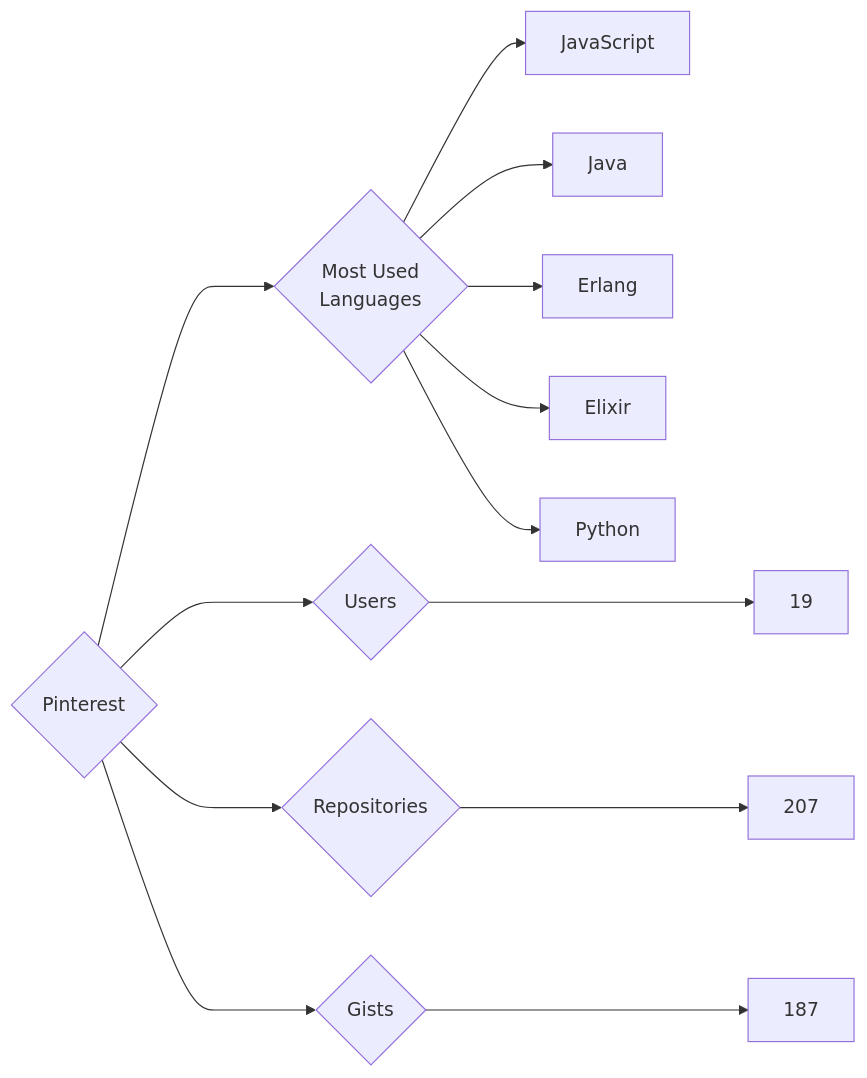
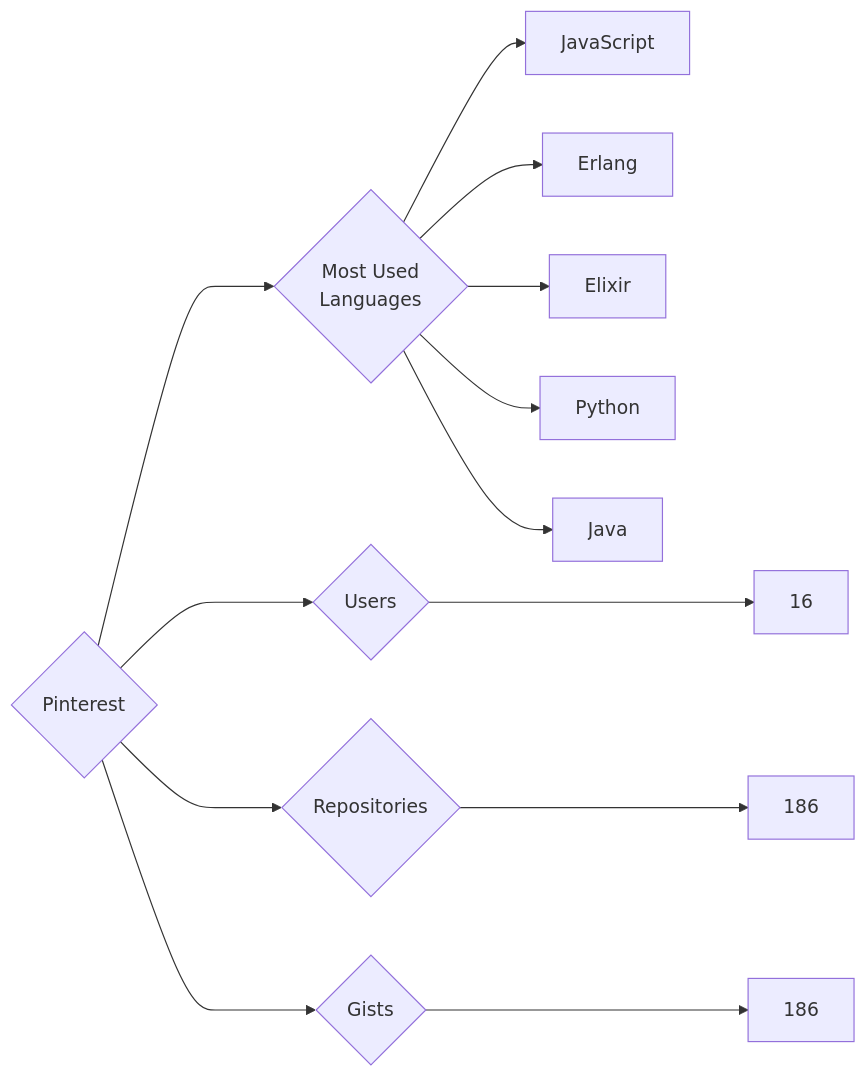
The diagram in targets/Pinterest/README.md (trickest/insiders), drawn with Mermaid before and after one commit. The commit also changed 833 other files, not shown here.

````diff
--- a/targets/Pinterest/README.md
+++ b/targets/Pinterest/README.md
@@ -3,13 +3,13 @@
 ```mermaid
 graph LR
 COMPANY_NAME{Pinterest}
-COMPANY_NAME ---> U{Users} ---> UN[19]
-COMPANY_NAME ---> R{Repositories} ---> RN[207]
-COMPANY_NAME ---> G{Gists} ---> GN[187]
+COMPANY_NAME ---> U{Users} ---> UN[16]
+COMPANY_NAME ---> R{Repositories} ---> RN[186]
+COMPANY_NAME ---> G{Gists} ---> GN[186]
 COMPANY_NAME ---> ML{Most Used<br>Languages}
 ML --> JavaScript[JavaScript]
-ML --> Java[Java]
 ML --> Erlang[Erlang]
 ML --> Elixir[Elixir]
 ML --> Python[Python]
+ML --> Java[Java]
 ```
````
